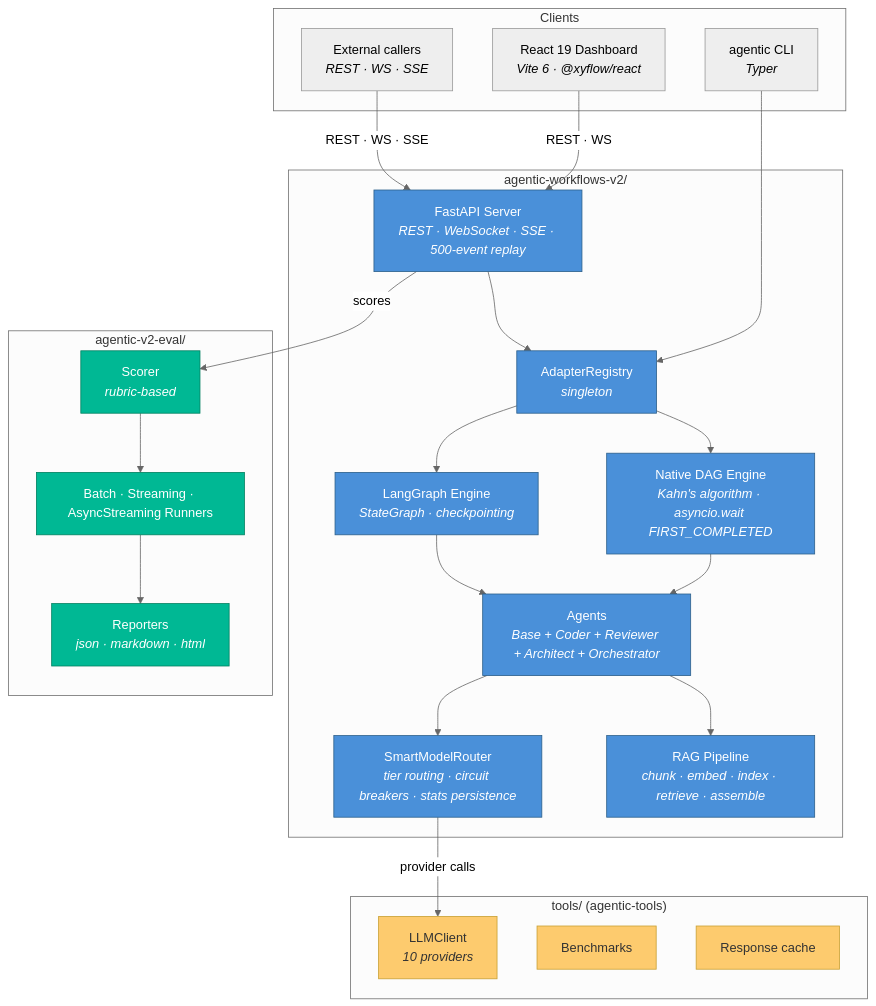
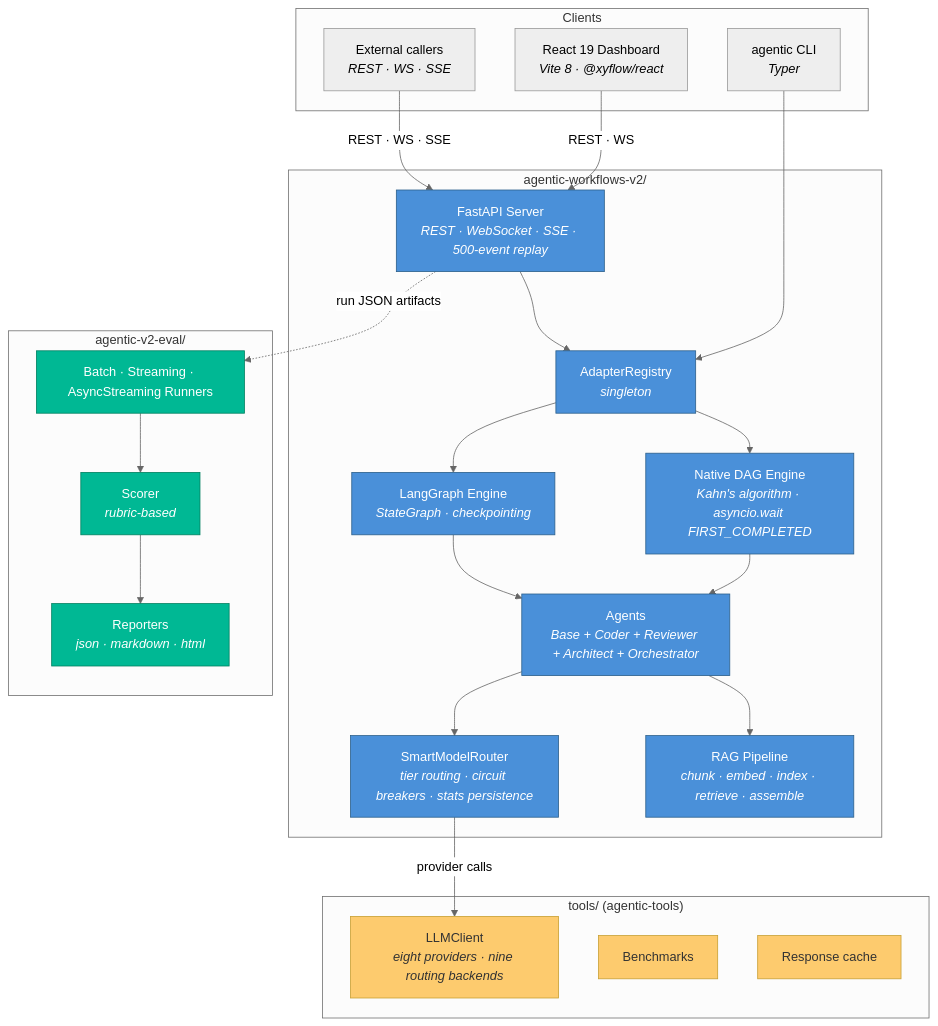
Before and after one commit to tafreeman/agentic-runtime-platform: the diagram in docs/ARCHITECTURE.md, drawn with Mermaid (neutral theme). The commit also changed other lines of this file and 54 other files, not shown here.

````diff
--- a/docs/ARCHITECTURE.md
+++ b/docs/ARCHITECTURE.md
@@ -13,52 +13,52 @@
 ```mermaid
 graph TB
     subgraph Clients["Clients"]
         CLI["agentic CLI<br/><i>Typer</i>"]
-        UI["React 19 Dashboard<br/><i>Vite 6 · @xyflow/react</i>"]
+        UI["React 19 Dashboard<br/><i>Vite 8 · @xyflow/react</i>"]
         EXT["External callers<br/><i>REST · WS · SSE</i>"]
     end
 
     subgraph Runtime["agentic-workflows-v2/"]
         API["FastAPI Server<br/><i>REST · WebSocket · SSE · 500-event replay</i>"]
         ADR["AdapterRegistry<br/><i>singleton</i>"]
         NATIVE["Native DAG Engine<br/><i>Kahn's algorithm · asyncio.wait FIRST_COMPLETED</i>"]
         LG["LangGraph Engine<br/><i>StateGraph · checkpointing</i>"]
         ROUTER["SmartModelRouter<br/><i>tier routing · circuit breakers · stats persistence</i>"]
         RAG["RAG Pipeline<br/><i>chunk · embed · index · retrieve · assemble</i>"]
         AGENTS["Agents<br/><i>Base + Coder + Reviewer + Architect + Orchestrator</i>"]
     end
 
     subgraph Eval["agentic-v2-eval/"]
+        RUNNERS["Batch · Streaming · AsyncStreaming Runners"]
         SCORER["Scorer<br/><i>rubric-based</i>"]
-        RUNNERS["Batch · Streaming · AsyncStreaming Runners"]
         REPORTER["Reporters<br/><i>json · markdown · html</i>"]
     end
 
     subgraph Shared["tools/ (agentic-tools)"]
-        LLM["LLMClient<br/><i>10 providers</i>"]
+        LLM["LLMClient<br/><i>eight providers · nine routing backends</i>"]
         BENCH["Benchmarks"]
         CACHE["Response cache"]
     end
 
     CLI --> ADR
     UI -->|REST · WS| API
     EXT -->|REST · WS · SSE| API
     API --> ADR
     ADR --> NATIVE
     ADR --> LG
     NATIVE --> AGENTS
     LG --> AGENTS
     AGENTS --> ROUTER
     AGENTS --> RAG
     ROUTER -->|provider calls| LLM
-    API -->|scores| SCORER
-    SCORER --> RUNNERS
-    RUNNERS --> REPORTER
+    API -.->|run JSON artifacts| RUNNERS
+    RUNNERS --> SCORER
+    SCORER --> REPORTER
 
     classDef rt fill:#4a90d9,stroke:#2c5f8a,color:#fff
     classDef ev fill:#00b894,stroke:#008060,color:#fff
     classDef sh fill:#fdcb6e,stroke:#c8a034,color:#333
     class API,ADR,NATIVE,LG,ROUTER,RAG,AGENTS rt
     class SCORER,RUNNERS,REPORTER ev
     class LLM,BENCH,CACHE sh
 ```
````
